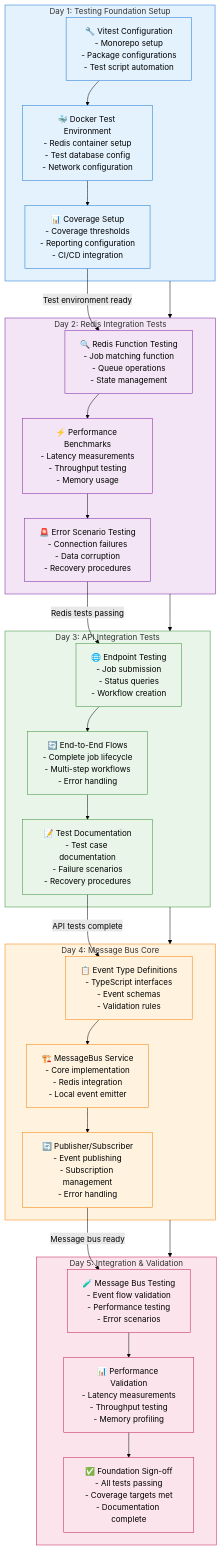
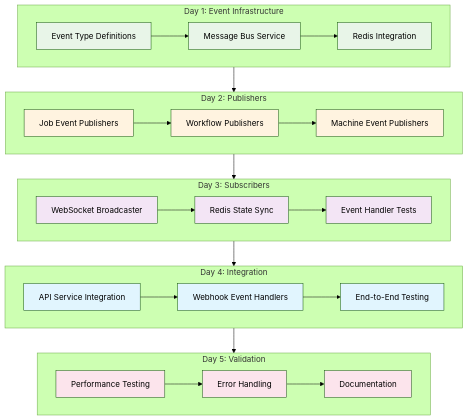
Before and after one commit to stakeordie/emp-job-queue: diagram 11 of 16 in apps/docs/src/10-development-notes/2025-08-26-unified-modernization-plan.md, drawn with Mermaid (forest theme). The commit also changed other lines of this file, not shown here.

````diff
--- a/apps/docs/src/10-development-notes/2025-08-26-unified-modernization-plan.md
+++ b/apps/docs/src/10-development-notes/2025-08-26-unified-modernization-plan.md
@@ -625,62 +610,41 @@
 ```mermaid
 flowchart TD
-    subgraph Day1["Day 1: Testing Foundation Setup"]
-        D1A["🔧 Vitest Configuration<br/>- Monorepo setup<br/>- Package configurations<br/>- Test script automation"]
-        D1B["🐳 Docker Test Environment<br/>- Redis container setup<br/>- Test database config<br/>- Network configuration"]
-        D1C["📊 Coverage Setup<br/>- Coverage thresholds<br/>- Reporting configuration<br/>- CI/CD integration"]
-        
-        D1A --> D1B --> D1C
+    subgraph Day1["Day 1: Event Infrastructure"]
+        D1A["Event Type Definitions"] --> D1B["Message Bus Service"]
+        D1B --> D1C["Redis Integration"]
     end
     
-    subgraph Day2["Day 2: Redis Integration Tests"]
-        D2A["🔍 Redis Function Testing<br/>- Job matching function<br/>- Queue operations<br/>- State management"]
-        D2B["⚡ Performance Benchmarks<br/>- Latency measurements<br/>- Throughput testing<br/>- Memory usage"]
-        D2C["🚨 Error Scenario Testing<br/>- Connection failures<br/>- Data corruption<br/>- Recovery procedures"]
-        
-        D2A --> D2B --> D2C
+    subgraph Day2["Day 2: Publishers"]
+        D2A["Job Event Publishers"] --> D2B["Workflow Publishers"]
+        D2B --> D2C["Machine Event Publishers"]
     end
     
-    subgraph Day3["Day 3: API Integration Tests"]
-        D3A["🌐 Endpoint Testing<br/>- Job submission<br/>- Status queries<br/>- Workflow creation"]
-        D3B["🔄 End-to-End Flows<br/>- Complete job lifecycle<br/>- Multi-step workflows<br/>- Error handling"]
-        D3C["📝 Test Documentation<br/>- Test case documentation<br/>- Failure scenarios<br/>- Recovery procedures"]
-        
-        D3A --> D3B --> D3C
+    subgraph Day3["Day 3: Subscribers"]
+        D3A["WebSocket Broadcaster"] --> D3B["Redis State Sync"]
+        D3B --> D3C["Event Handler Tests"]
     end
     
-    subgraph Day4["Day 4: Message Bus Core"]
-        D4A["📋 Event Type Definitions<br/>- TypeScript interfaces<br/>- Event schemas<br/>- Validation rules"]
-        D4B["🏗️ MessageBus Service<br/>- Core implementation<br/>- Redis integration<br/>- Local event emitter"]
-        D4C["🔄 Publisher/Subscriber<br/>- Event publishing<br/>- Subscription management<br/>- Error handling"]
-        
-        D4A --> D4B --> D4C
+    subgraph Day4["Day 4: Integration"]
+        D4A["API Service Integration"] --> D4B["Webhook Event Handlers"]
+        D4B --> D4C["End-to-End Testing"]
     end
     
-    subgraph Day5["Day 5: Integration & Validation"]
-        D5A["🧪 Message Bus Testing<br/>- Event flow validation<br/>- Performance testing<br/>- Error scenarios"]
-        D5B["📊 Performance Validation<br/>- Latency measurements<br/>- Throughput testing<br/>- Memory profiling"]
-        D5C["✅ Foundation Sign-off<br/>- All tests passing<br/>- Coverage targets met<br/>- Documentation complete"]
-        
-        D5A --> D5B --> D5C
+    subgraph Day5["Day 5: Validation"]
+        D5A["Performance Testing"] --> D5B["Error Handling"]
+        D5B --> D5C["Documentation"]
     end
     
     Day1 --> Day2 --> Day3 --> Day4 --> Day5
     
-    %% Validation checkpoints
-    D1C -->|"Test environment ready"| D2A
-    D2C -->|"Redis tests passing"| D3A
-    D3C -->|"API tests complete"| D4A
-    D4C -->|"Message bus ready"| D5A
+    classDef eventStyle fill:#e8f5e8
+    classDef publisherStyle fill:#fff3e0
+    classDef subscriberStyle fill:#f3e5f5
+    classDef integrationStyle fill:#e1f5fe
+    classDef validationStyle fill:#fce4ec
     
-    classDef day1Style fill:#e3f2fd,stroke:#1976d2
-    classDef day2Style fill:#f3e5f5,stroke:#7b1fa2
-    classDef day3Style fill:#e8f5e8,stroke:#388e3c
-    classDef day4Style fill:#fff3e0,stroke:#f57c00
-    classDef day5Style fill:#fce4ec,stroke:#c2185b
-    
-    class Day1,D1A,D1B,D1C day1Style
-    class Day2,D2A,D2B,D2C day2Style
-    class Day3,D3A,D3B,D3C day3Style
-    class Day4,D4A,D4B,D4C day4Style
-    class Day5,D5A,D5B,D5C day5Style
+    class D1A,D1B,D1C eventStyle
+    class D2A,D2B,D2C publisherStyle
+    class D3A,D3B,D3C subscriberStyle
+    class D4A,D4B,D4C integrationStyle
+    class D5A,D5B,D5C validationStyle
 ```
````
